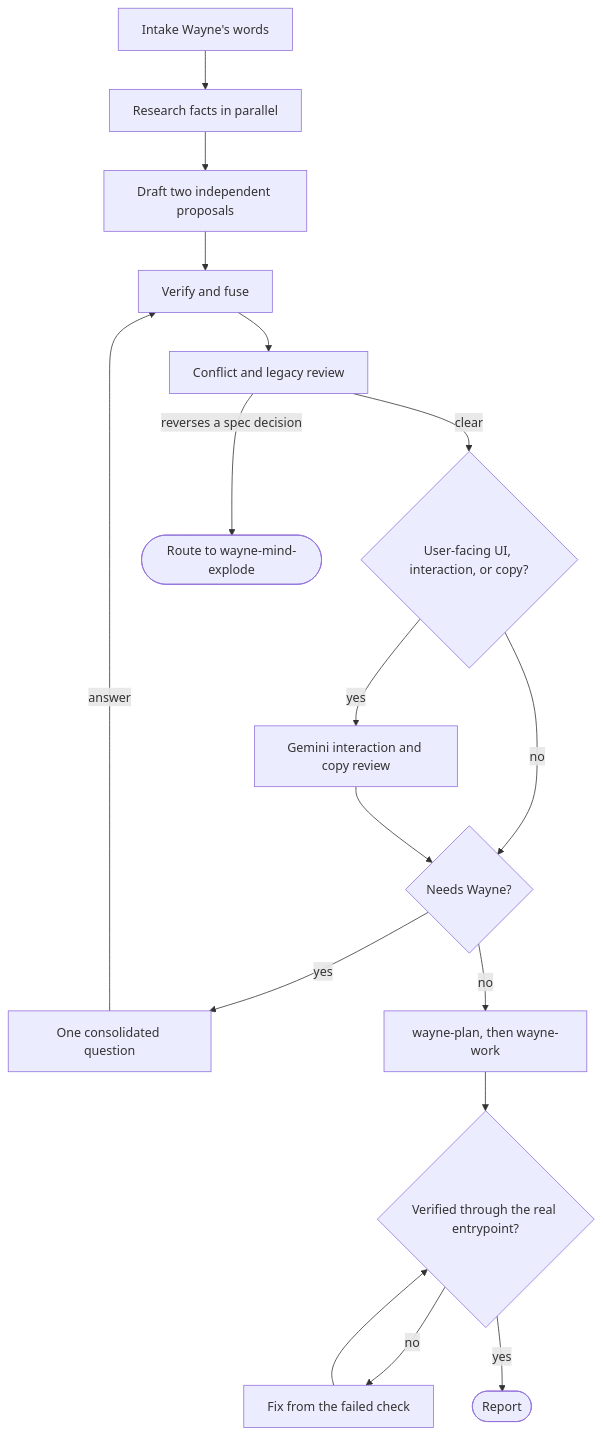
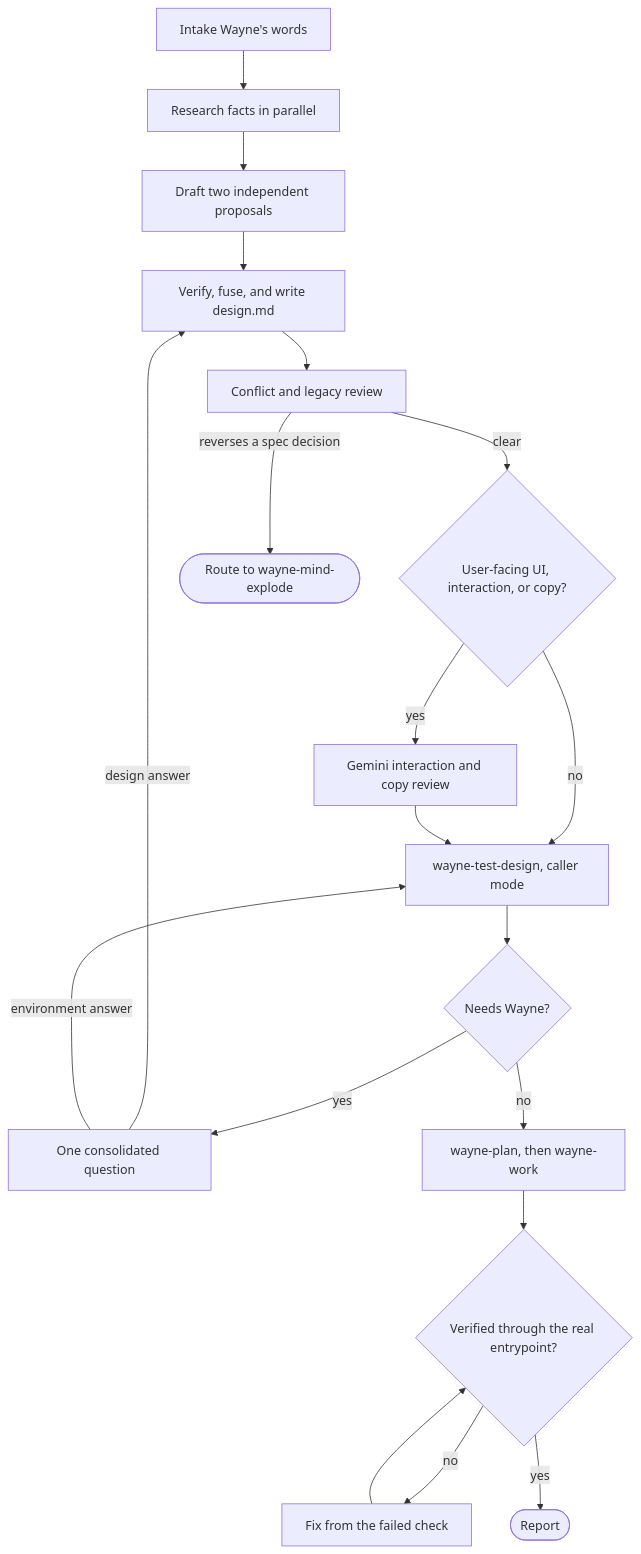
Before and after one commit to waynejing995/wayne-taste: the diagram in wayne-auto-design-task/SKILL.md, drawn with Mermaid. The commit also changed other lines of this file and 6 other files, not shown here.

First line of the commit message:
feat:/wayne-auto-design-task - fusion ends in a real design.md

````diff
--- a/wayne-auto-design-task/SKILL.md
+++ b/wayne-auto-design-task/SKILL.md
@@ -25,34 +25,37 @@
 ```mermaid
 flowchart TB
     A["Intake Wayne's words"]
     B["Research facts in parallel"]
     C["Draft two independent proposals"]
-    D["Verify and fuse"]
+    D["Verify, fuse, and write design.md"]
     E["Conflict and legacy review"]
     U{"User-facing UI, interaction, or copy?"}
     R["Gemini interaction and copy review"]
+    T["wayne-test-design, caller mode"]
     G{"Needs Wayne?"}
     Q["One consolidated question"]
     P["wayne-plan, then wayne-work"]
     V{"Verified through the real entrypoint?"}
     F["Fix from the failed check"]
     M(["Route to wayne-mind-explode"])
     L(["Report"])
 
     A --> B
     B --> C
     C --> D
     D --> E
     E -->|"reverses a spec decision"| M
     E -->|"clear"| U
     U -->|"yes"| R
-    U -->|"no"| G
-    R --> G
+    U -->|"no"| T
+    R --> T
+    T --> G
     G -->|"yes"| Q
-    Q -->|"answer"| D
+    Q -->|"design answer"| D
+    Q -->|"environment answer"| T
     G -->|"no"| P
     P --> V
     V -->|"no"| F
     F --> V
     V -->|"yes"| L
 ```
````
